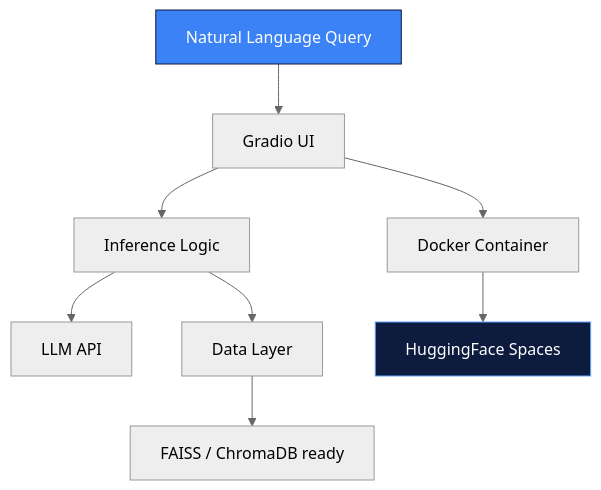
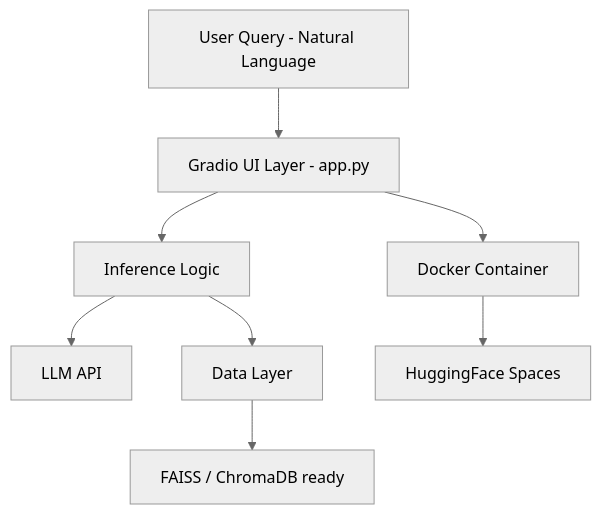
Before and after one commit to Santhosh-p653/Santhosh-p653: the sixth of 7 diagrams in README.md, drawn with Mermaid (neutral theme). The commit also changed other lines of this file, not shown here.

````diff
--- a/README.md
+++ b/README.md
@@ -234,13 +289,10 @@
 ```mermaid
 flowchart TD
-    U[Natural Language Query] --> G[Gradio UI]
+    U[User Query - Natural Language] --> G[Gradio UI Layer - app.py]
     G --> IL[Inference Logic]
     IL --> API[LLM API]
     IL --> DL[Data Layer]
     DL --> VDB[FAISS / ChromaDB ready]
     G --> DK[Docker Container]
     DK --> HF[HuggingFace Spaces]
-
-    style U fill:#3b82f6,stroke:#0d1b3e,color:#fff
-    style HF fill:#0d1b3e,stroke:#60a5fa,color:#fff
 ```
````
